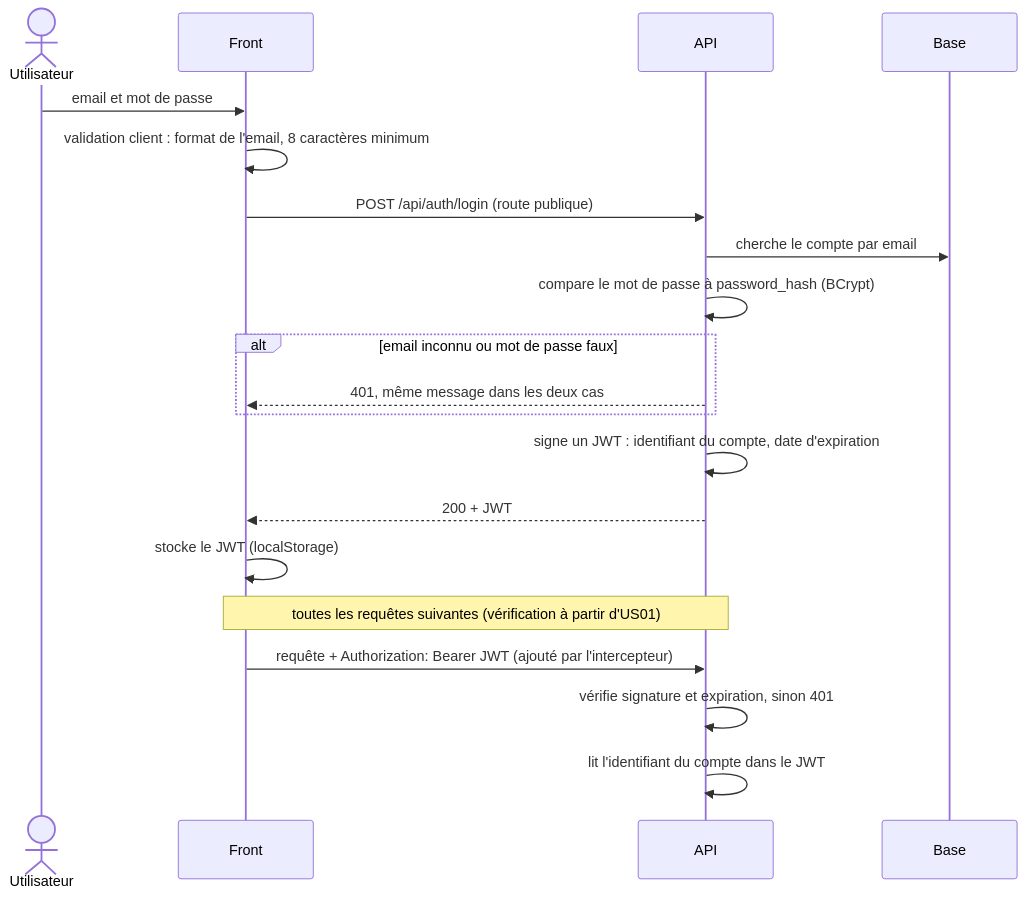
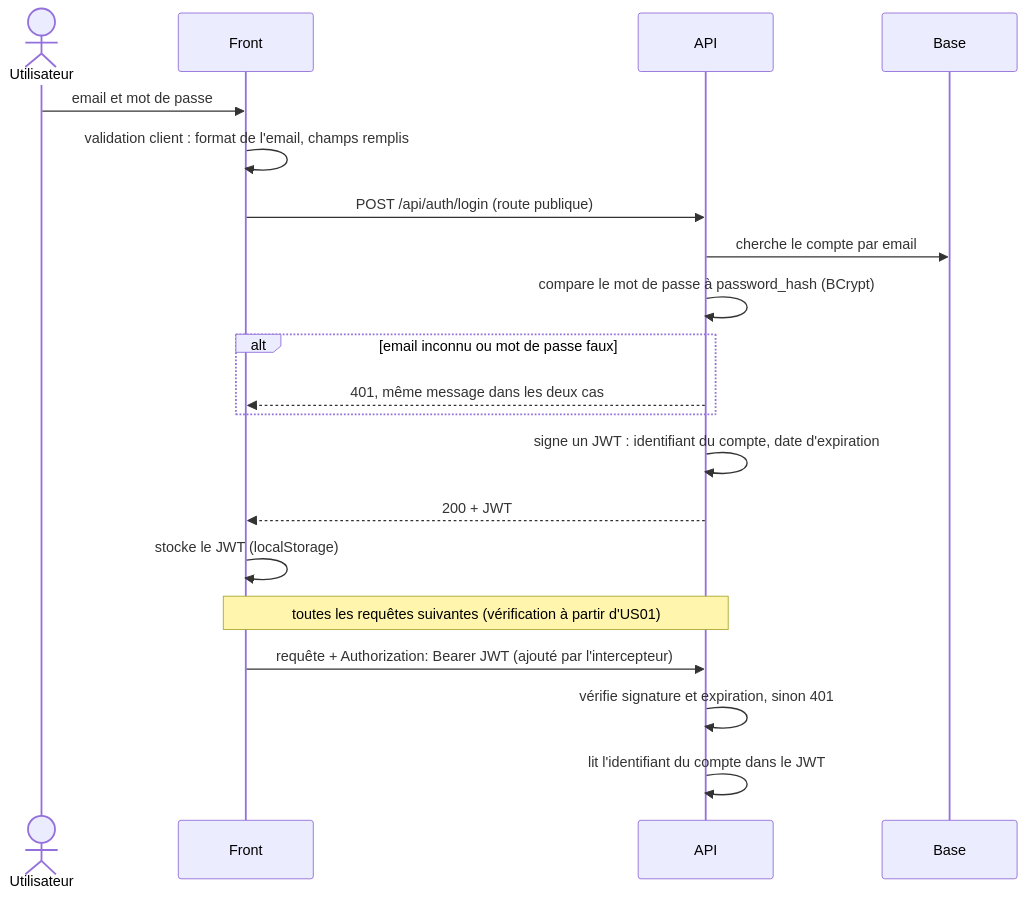
Before and after one commit to younesyousfipro/data-share: the third of 6 diagrams in docs/conception/architecture.md, drawn with Mermaid. The commit also changed other lines of this file and 3 other files, not shown here.

````diff
--- a/docs/conception/architecture.md
+++ b/docs/conception/architecture.md
@@ -225,24 +244,24 @@
 ```mermaid
 sequenceDiagram
   actor U as Utilisateur
   participant F as Front
   participant A as API
   participant B as Base
 
   U->>F: email et mot de passe
-  F->>F: validation client : format de l'email, 8 caractères minimum
+  F->>F: validation client : format de l'email, champs remplis
   F->>A: POST /api/auth/login (route publique)
   A->>B: cherche le compte par email
   A->>A: compare le mot de passe à password_hash (BCrypt)
   alt email inconnu ou mot de passe faux
     A-->>F: 401, même message dans les deux cas
   end
   A->>A: signe un JWT : identifiant du compte, date d'expiration
   A-->>F: 200 + JWT
   F->>F: stocke le JWT (localStorage)
 
   Note over F,A: toutes les requêtes suivantes (vérification à partir d'US01)
   F->>A: requête + Authorization: Bearer JWT (ajouté par l'intercepteur)
   A->>A: vérifie signature et expiration, sinon 401
   A->>A: lit l'identifiant du compte dans le JWT
 ```
````
